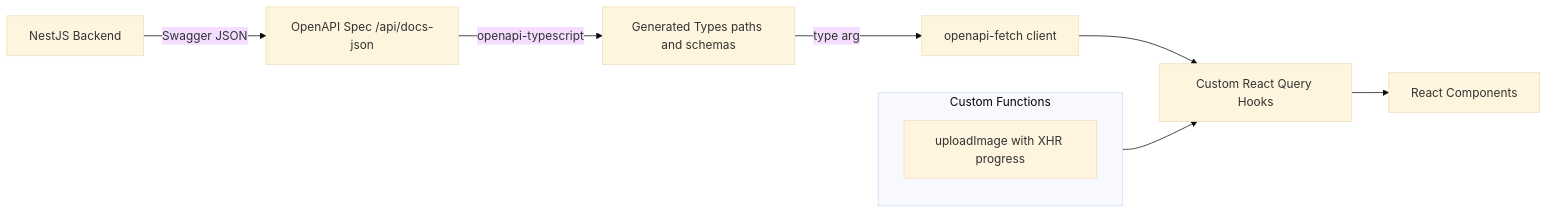
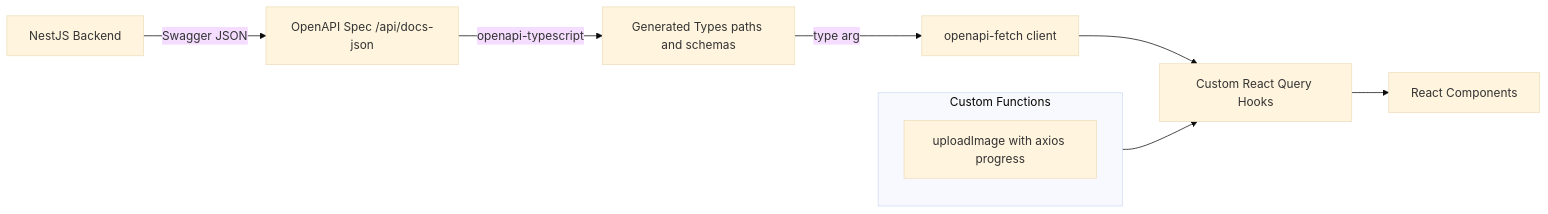
One commit to azakharo/OptiView changed the first of 3 diagrams in doc/plans/stage4-frontend-setup-detailed-plan.md. Above: the diagram before and after it, drawn with Mermaid (base theme). The commit also changed other lines of this file, not shown here.

Commit message:
added axios

````diff
--- a/doc/plans/stage4-frontend-setup-detailed-plan.md
+++ b/doc/plans/stage4-frontend-setup-detailed-plan.md
@@ -64,14 +65,14 @@
 ```mermaid
 flowchart LR
     Backend[NestJS Backend] -->|Swagger JSON| Spec[OpenAPI Spec /api/docs-json]
     Spec -->|openapi-typescript| Types[Generated Types paths and schemas]
     Types -->|type arg| FetchClient[openapi-fetch client]
     FetchClient --> Hooks[Custom React Query Hooks]
 
     subgraph Custom[Custom Functions]
-        Upload[uploadImage with XHR progress]
+        Upload[uploadImage with axios progress]
     end
 
     Hooks --> Components[React Components]
     Custom --> Hooks
 ```
````
